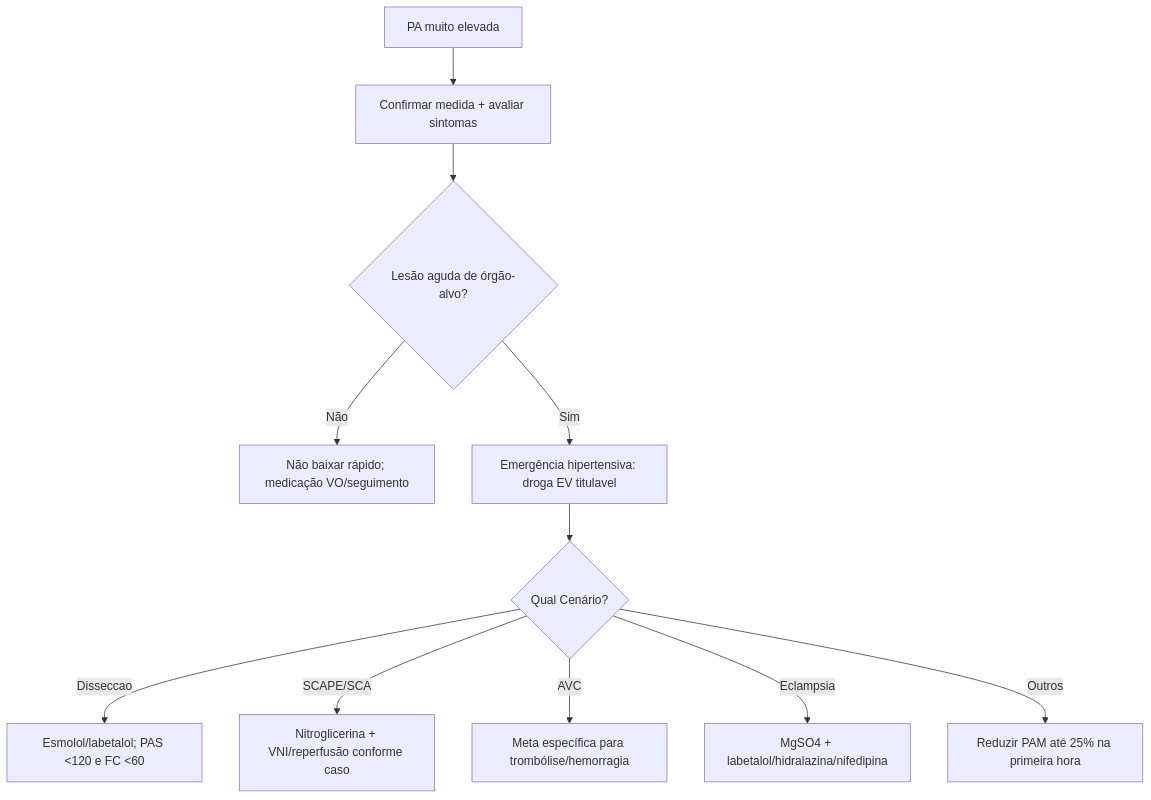
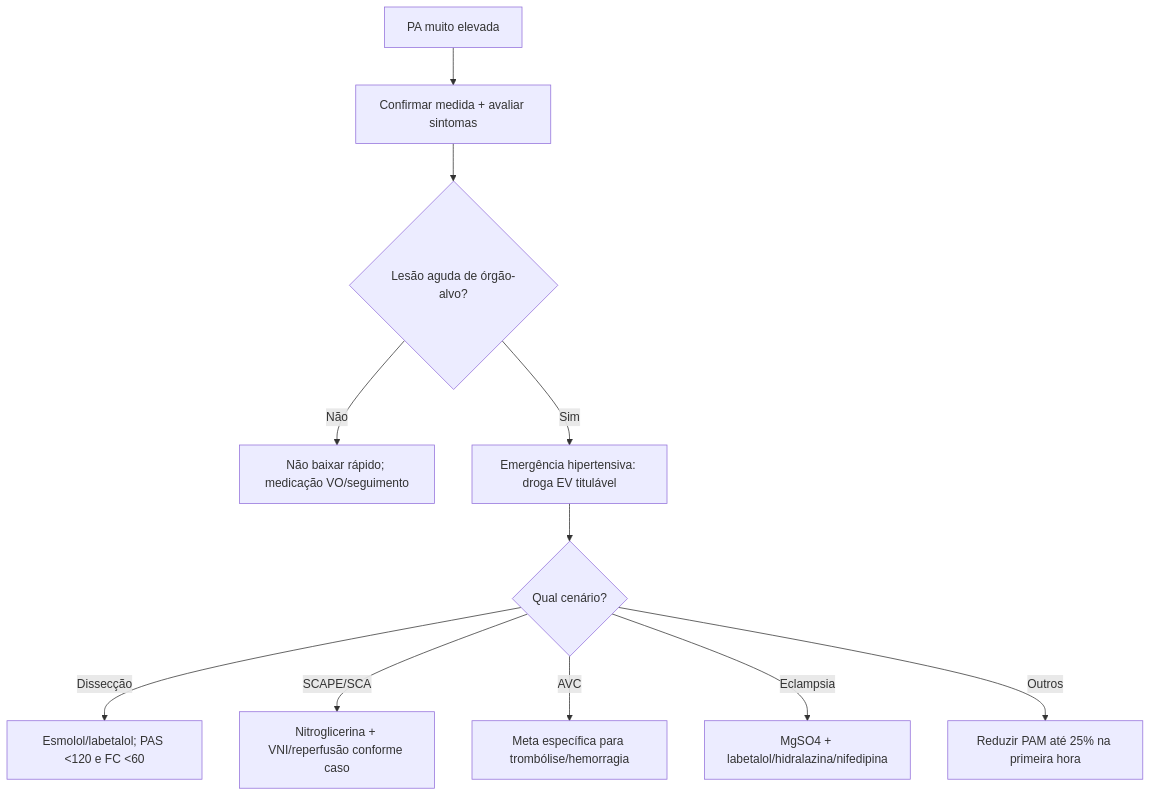
Before and after one commit to ThiagoPersona/emergencia26: the third of 3 diagrams in Intensivao/temas/005_sca-arritmias-hipertensivas.md, drawn with Mermaid. The commit also changed other lines of this file and 12 other files, not shown here.

````diff
--- a/Intensivao/temas/005_sca-arritmias-hipertensivas.md
+++ b/Intensivao/temas/005_sca-arritmias-hipertensivas.md
@@ -211,13 +233,13 @@
 ```mermaid
 flowchart TD
     A["PA muito elevada"] --> B["Confirmar medida + avaliar sintomas"]
     B --> C{"Lesão aguda de órgão-alvo?"}
     C -->|Não| D["Não baixar rápido; medicação VO/seguimento"]
-    C -->|Sim| E["Emergência hipertensiva: droga EV titulavel"]
-    E --> F{"Qual Cenário?"}
-    F -->|Disseccao| G["Esmolol/labetalol; PAS <120 e FC <60"]
+    C -->|Sim| E["Emergência hipertensiva: droga EV titulável"]
+    E --> F{"Qual cenário?"}
+    F -->|Dissecção| G["Esmolol/labetalol; PAS <120 e FC <60"]
     F -->|SCAPE/SCA| H["Nitroglicerina + VNI/reperfusão conforme caso"]
     F -->|AVC| I["Meta específica para trombólise/hemorragia"]
     F -->|Eclampsia| J["MgSO4 + labetalol/hidralazina/nifedipina"]
     F -->|Outros| K["Reduzir PAM até 25% na primeira hora"]
 ```
````
